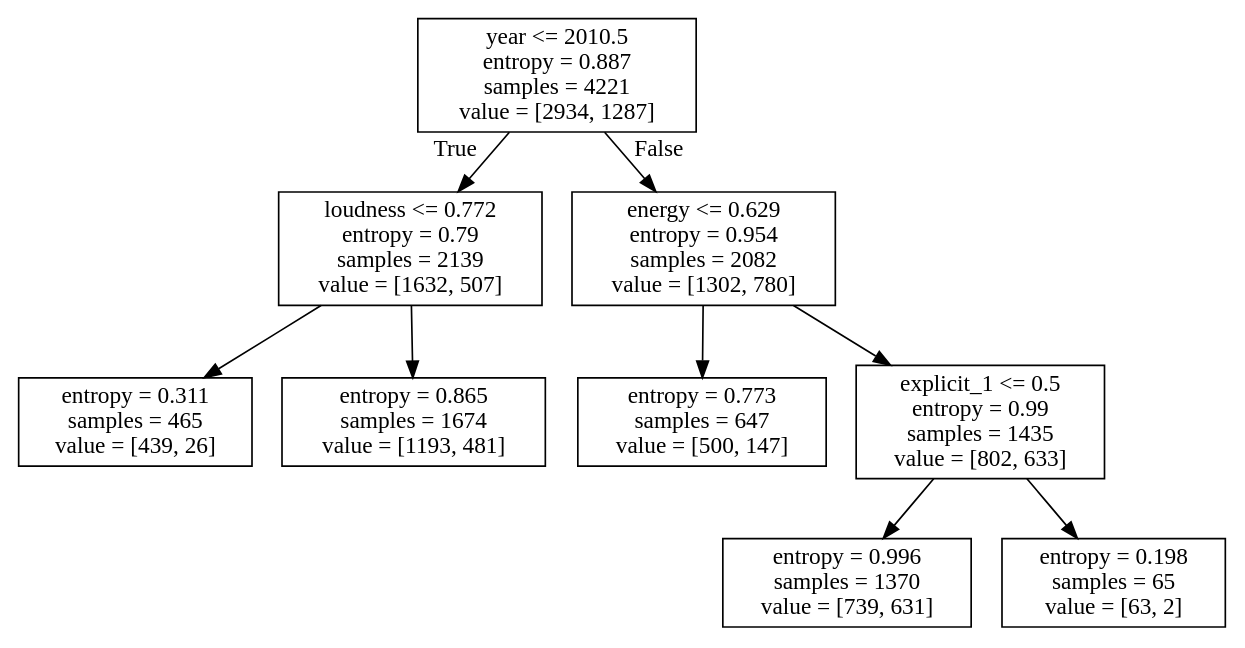
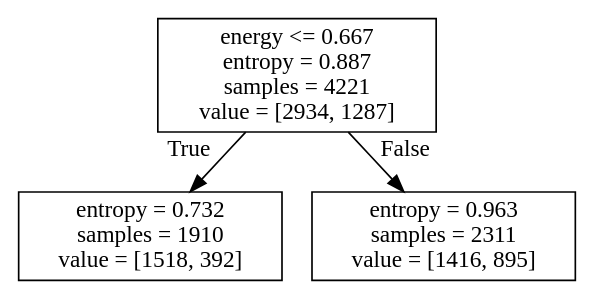
The diagram in country_DT.dot (CrystalCo/audio_features_popularity_classifiers), drawn with Graphviz before and after one commit. The commit also changed 49 other files, not shown here.

```diff
--- a/country_DT.dot
+++ b/country_DT.dot
@@ -1,20 +1,8 @@
 digraph Tree {
 node [shape=box] ;
-0 [label="year <= 2010.5\nentropy = 0.887\nsamples = 4221\nvalue = [2934, 1287]"] ;
-1 [label="loudness <= 0.772\nentropy = 0.79\nsamples = 2139\nvalue = [1632, 507]"] ;
+0 [label="energy <= 0.667\nentropy = 0.887\nsamples = 4221\nvalue = [2934, 1287]"] ;
+1 [label="entropy = 0.732\nsamples = 1910\nvalue = [1518, 392]"] ;
 0 -> 1 [labeldistance=2.5, labelangle=45, headlabel="True"] ;
-2 [label="entropy = 0.311\nsamples = 465\nvalue = [439, 26]"] ;
-1 -> 2 ;
-3 [label="entropy = 0.865\nsamples = 1674\nvalue = [1193, 481]"] ;
-1 -> 3 ;
-4 [label="energy <= 0.629\nentropy = 0.954\nsamples = 2082\nvalue = [1302, 780]"] ;
-0 -> 4 [labeldistance=2.5, labelangle=-45, headlabel="False"] ;
-5 [label="entropy = 0.773\nsamples = 647\nvalue = [500, 147]"] ;
-4 -> 5 ;
-6 [label="explicit_1 <= 0.5\nentropy = 0.99\nsamples = 1435\nvalue = [802, 633]"] ;
-4 -> 6 ;
-7 [label="entropy = 0.996\nsamples = 1370\nvalue = [739, 631]"] ;
-6 -> 7 ;
-8 [label="entropy = 0.198\nsamples = 65\nvalue = [63, 2]"] ;
-6 -> 8 ;
+2 [label="entropy = 0.963\nsamples = 2311\nvalue = [1416, 895]"] ;
+0 -> 2 [labeldistance=2.5, labelangle=-45, headlabel="False"] ;
 }
```
